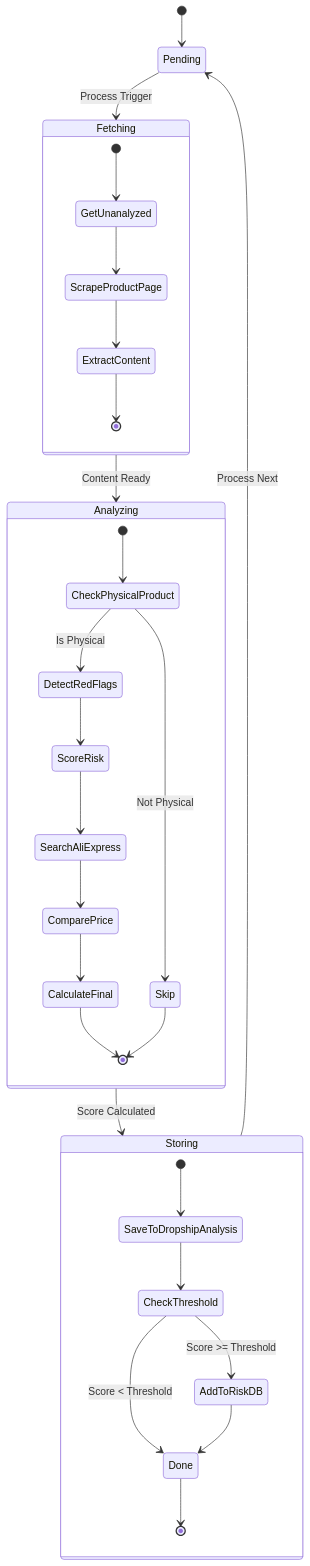
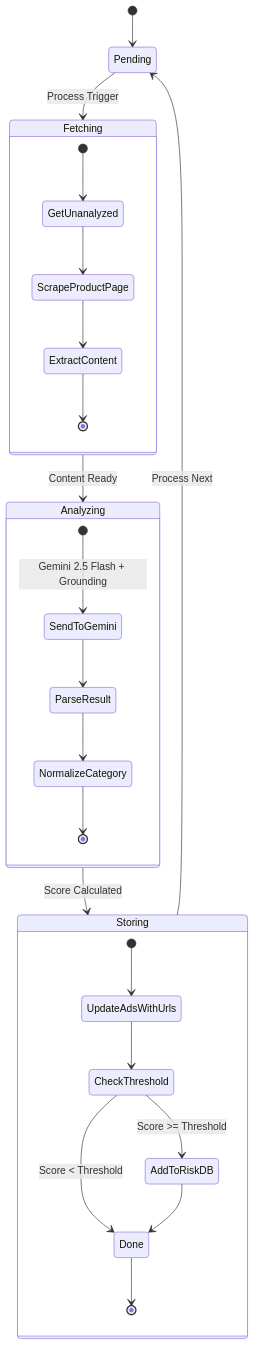
The third of 6 diagrams in docs/architecture.md (Rani-Maman/Adora), drawn with Mermaid before and after one commit. The commit also changed other lines of this file and 3 other files, not shown here.

First line of the commit message:
feat(analyze): upgrade to gemini-2.5-flash with Google Search grounding

````diff
--- a/docs/architecture.md
+++ b/docs/architecture.md
@@ -69,42 +69,37 @@
 ```mermaid
 stateDiagram-v2
     direction TB
     
     [*] --> Pending
     
     Pending --> Fetching: Process Trigger
     
     state Fetching {
         [*] --> GetUnanalyzed
         GetUnanalyzed --> ScrapeProductPage
         ScrapeProductPage --> ExtractContent
         ExtractContent --> [*]
     }
     
     Fetching --> Analyzing: Content Ready
     
     state Analyzing {
-        [*] --> CheckPhysicalProduct
-        CheckPhysicalProduct --> Skip: Not Physical
-        CheckPhysicalProduct --> DetectRedFlags: Is Physical
-        DetectRedFlags --> ScoreRisk
-        ScoreRisk --> SearchAliExpress
-        SearchAliExpress --> ComparePrice
-        ComparePrice --> CalculateFinal
-        CalculateFinal --> [*]
-        Skip --> [*]
+        [*] --> SendToGemini: Gemini 2.5 Flash + Grounding
+        SendToGemini --> ParseResult
+        ParseResult --> NormalizeCategory
+        NormalizeCategory --> [*]
     }
     
     Analyzing --> Storing: Score Calculated
     
     state Storing {
-        [*] --> SaveToDropshipAnalysis
-        SaveToDropshipAnalysis --> CheckThreshold
+        [*] --> UpdateAdsWithUrls
+        UpdateAdsWithUrls --> CheckThreshold
         CheckThreshold --> AddToRiskDB: Score >= Threshold
         CheckThreshold --> Done: Score < Threshold
         AddToRiskDB --> Done
         Done --> [*]
     }
     
     Storing --> Pending: Process Next
 ```
````
